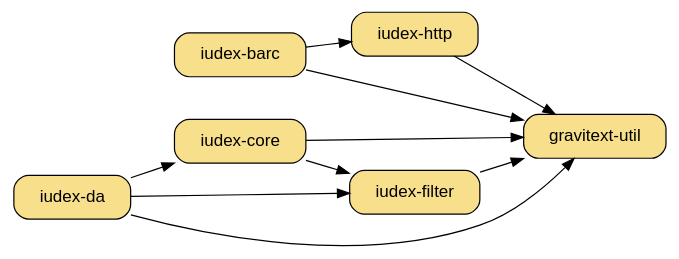
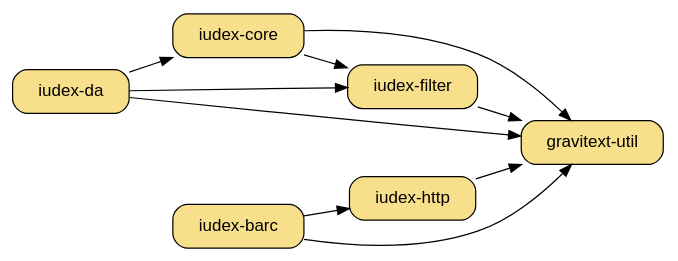
One commit to dekellum/iudex changed the diagram in www/_dot/iudex.dot. Above: the diagram before and after it, drawn with Graphviz. The commit also changed 1 other file, not shown here.

Commit message:
Link to iudex-da.

```diff
--- a/www/_dot/iudex.dot
+++ b/www/_dot/iudex.dot
@@ -1,38 +1,40 @@
 digraph "iudex-gems" {
   rankdir=LR
   size="5.5,5";
   bgcolor="transparent";
-  node [ shape=box, style="filled,rounded", fillcolor="#f8df8b", fontname="Arial",
-         margin="0.30,0.1" ];
+  node [ shape=box, style="filled,rounded", fillcolor="#f8df8b",
+         fontname="Arial",  margin="0.30,0.1" ];
+
+  "iudex-da" [ target=_parent, URL="../iudex-da.html" ];
 
   "iudex-filter" -> "gravitext-util"
   "iudex-http"   -> "gravitext-util"
   "iudex-barc"   -> "gravitext-util"
   "iudex-core"   -> "gravitext-util"
   "iudex-da"     -> "gravitext-util"
 
   "iudex-barc" -> "iudex-http"
 
   "iudex-core" -> "iudex-filter"
 
   "iudex-da" -> "iudex-filter"
   "iudex-da" -> "iudex-core"
 
 #  "iudex-filter" -> "rjack-slf4j"
 #  "iudex-filter" -> "rjack-logback"
 #  "iudex-http" -> "rjack-slf4j"
 #  "iudex-barc" -> "rjack-slf4j"
 #  "iudex-core" -> "rjack-slf4j"
 #  "iudex-core" -> "rjack-logback"
 #  "iudex-da" -> "rjack-slf4j"
 
 #  "rjack-httpclient" -> "rjack-commons-codec";
 #  "rjack-httpclient" -> "rjack-logback" [ style=dashed, label="dev" ];
 #  "rjack-httpclient" -> "rjack-slf4j";
 
 #  "rjack-slf4j"   [ group=log ];
 #  "rjack-logback" [ group=log ];
 #  "rjack-logback" -> "rjack-slf4j";
 #  "rjack-commons-codec"   [ group=commons ];
 
 }
```
